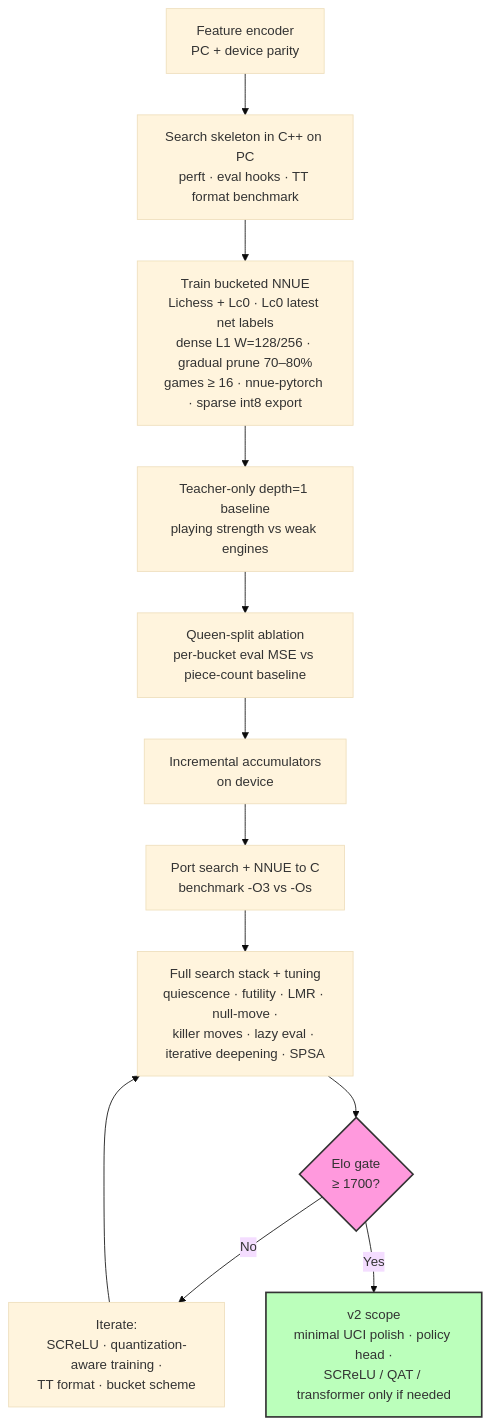
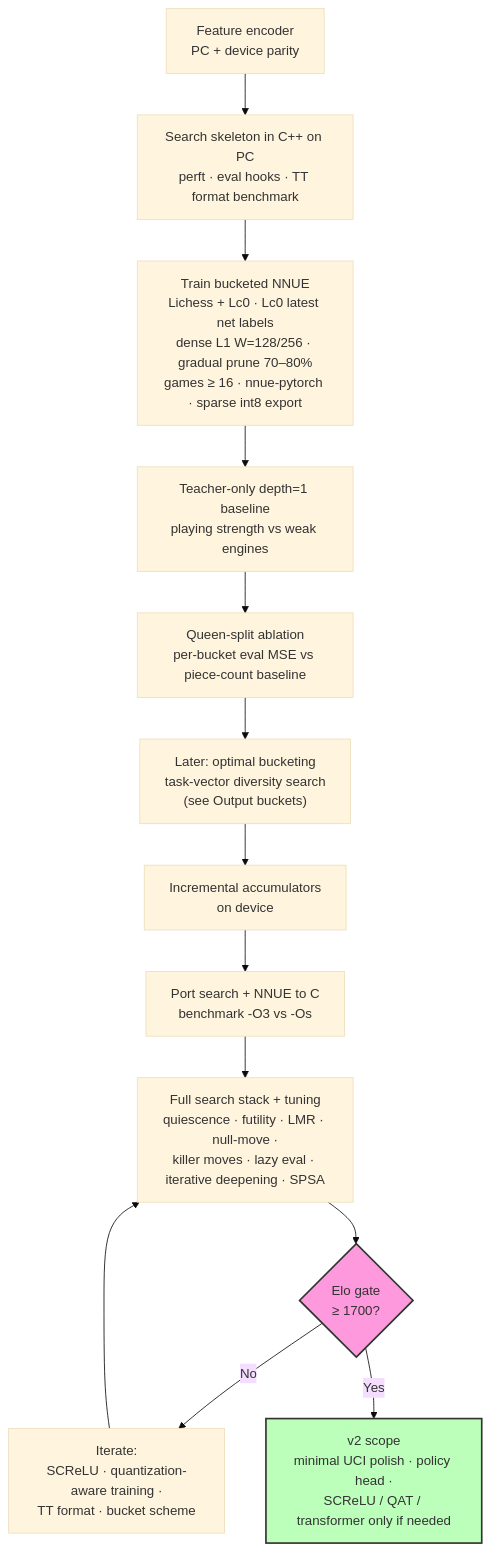
Before and after one commit to Omega97/TinyML_Internship: the first of 3 diagrams in NOTES/SARDINE Engine Blueprint.md, drawn with Mermaid (base theme). The commit also changed other lines of this file, not shown here.

````diff
--- a/NOTES/SARDINE Engine Blueprint.md
+++ b/NOTES/SARDINE Engine Blueprint.md
@@ -33,16 +33,17 @@
 ```mermaid
 flowchart TD
     A["Feature encoder<br/>PC + device parity"] --> B["Search skeleton in C++ on PC<br/>perft · eval hooks · TT format benchmark"]
     B --> C["Train bucketed NNUE<br/>Lichess + Lc0 · Lc0 latest net labels<br/>dense L1 W=128/256 · gradual prune 70–80%<br/>games ≥ 16 · nnue-pytorch · sparse int8 export"]
     C --> C1["Teacher-only depth=1 baseline<br/>playing strength vs weak engines"]
     C1 --> D["Queen-split ablation<br/>per-bucket eval MSE vs piece-count baseline"]
-    D --> E["Incremental accumulators<br/>on device"]
+    D --> D2["Later: optimal bucketing<br/>task-vector diversity search<br/>(see Output buckets)"]
+    D2 --> E["Incremental accumulators<br/>on device"]
     E --> F["Port search + NNUE to C<br/>benchmark -O3 vs -Os"]
     F --> G["Full search stack + tuning<br/>quiescence · futility · LMR · null-move ·<br/>killer moves · lazy eval · iterative deepening · SPSA"]
     G --> H{"Elo gate<br/>≥ 1700?"}
     H -- "No" --> I["Iterate:<br/>SCReLU · quantization-aware training ·<br/>TT format · bucket scheme"]
     I --> G
     H -- "Yes" --> J["v2 scope<br/>minimal UCI polish · policy head ·<br/>SCReLU / QAT / transformer only if needed"]
     style H fill:#f9d,stroke:#333,stroke-width:2px
     style J fill:#bfb,stroke:#333,stroke-width:2px
 ```
````
